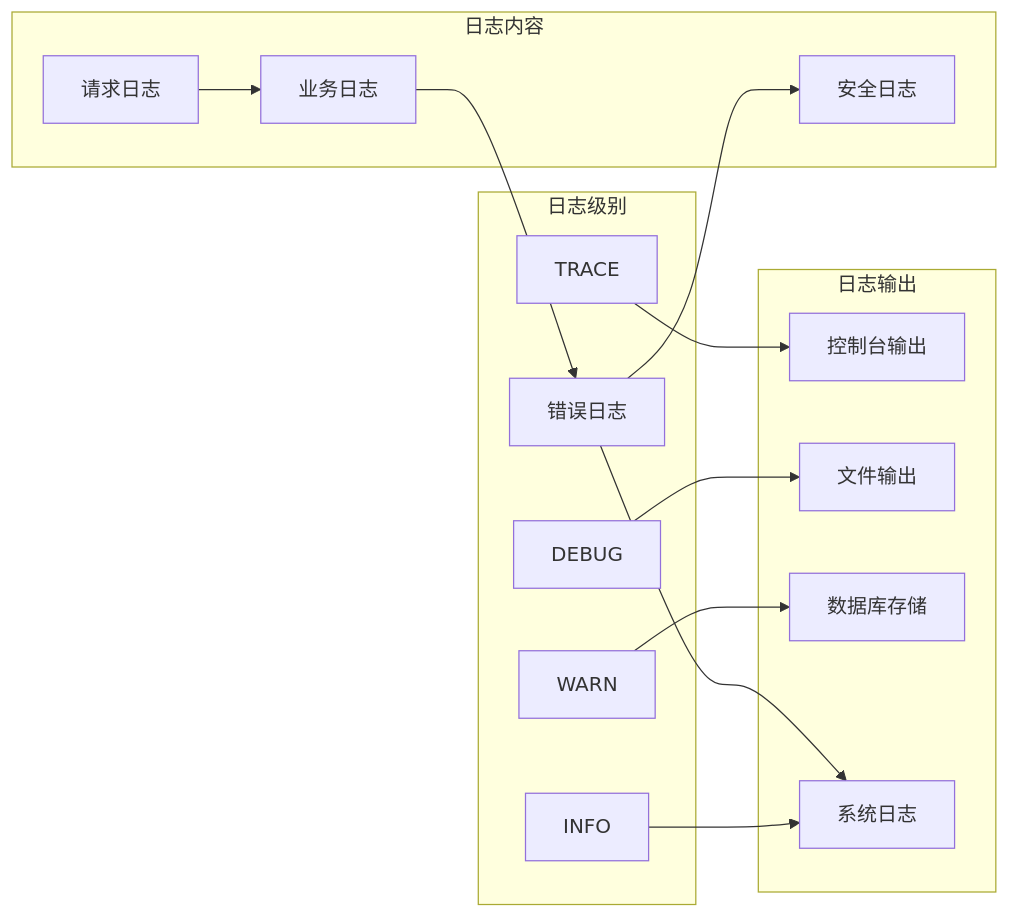
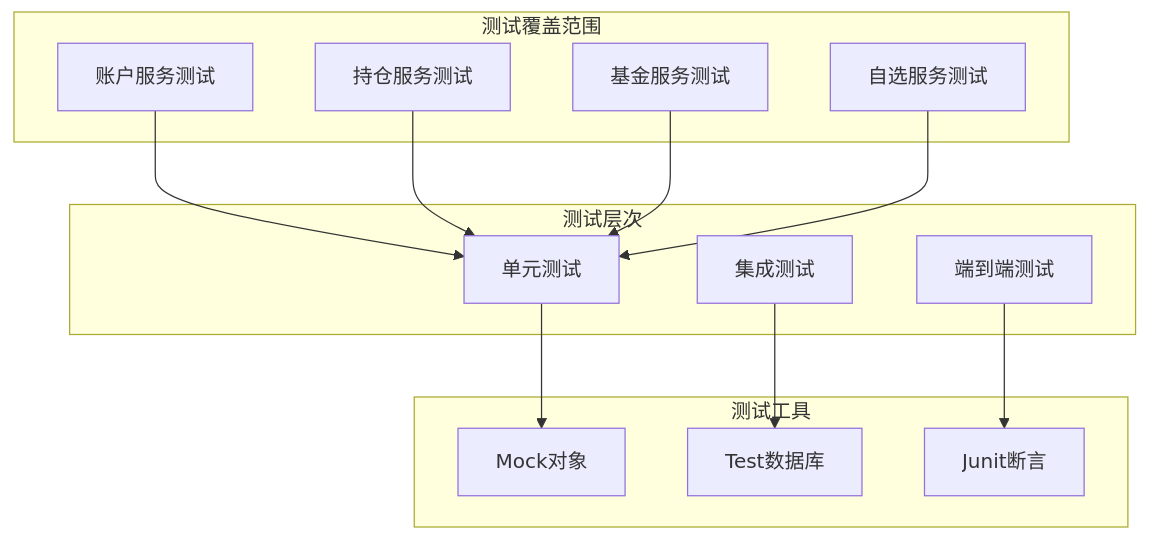
Diagram 11 of 11 in .qoder/repowiki/zh/content/核心功能开发/核心功能开发.md (gree-coder/fund-butler), drawn with Mermaid before and after one commit. The commit also changed other lines of this file and 10 other files, not shown here.

````diff
--- a/.qoder/repowiki/zh/content/核心功能开发/核心功能开发.md
+++ b/.qoder/repowiki/zh/content/核心功能开发/核心功能开发.md
@@ -393,30 +577,26 @@
 ```mermaid
-graph LR
-subgraph "日志级别"
-TRACE[TRACE]
-DEBUG[DEBUG]
-INFO[INFO]
-WARN[WARN]
-ERROR[ERROR]
+graph TB
+subgraph "测试层次"
+UNIT[单元测试]
+INTEGRATION[集成测试]
+END_TO_END[端到端测试]
 end
-subgraph "日志输出"
-CONSOLE[控制台输出]
-FILE[文件输出]
-DB[数据库存储]
-SYSLOG[系统日志]
+subgraph "测试覆盖范围"
+ACCOUNT_TEST[账户服务测试]
+POSITION_TEST[持仓服务测试]
+FUND_TEST[基金服务测试]
+WATCHLIST_TEST[自选服务测试]
 end
-subgraph "日志内容"
-REQUEST[请求日志]
-BUSINESS[业务日志]
-ERROR[错误日志]
-SECURITY[安全日志]
+subgraph "测试工具"
+MOCK[Mock对象]
+TEST_DB[Test数据库]
+ASSERT[Junit断言]
 end
-TRACE --> CONSOLE
-DEBUG --> FILE
-INFO --> SYSLOG
-WARN --> DB
-ERROR --> SYSLOG
-REQUEST --> BUSINESS
-BUSINESS --> ERROR
-ERROR --> SECURITY
+ACCOUNT_TEST --> UNIT
+POSITION_TEST --> UNIT
+FUND_TEST --> UNIT
+WATCHLIST_TEST --> UNIT
+UNIT --> MOCK
+INTEGRATION --> TEST_DB
+END_TO_END --> ASSERT
 ```
````
